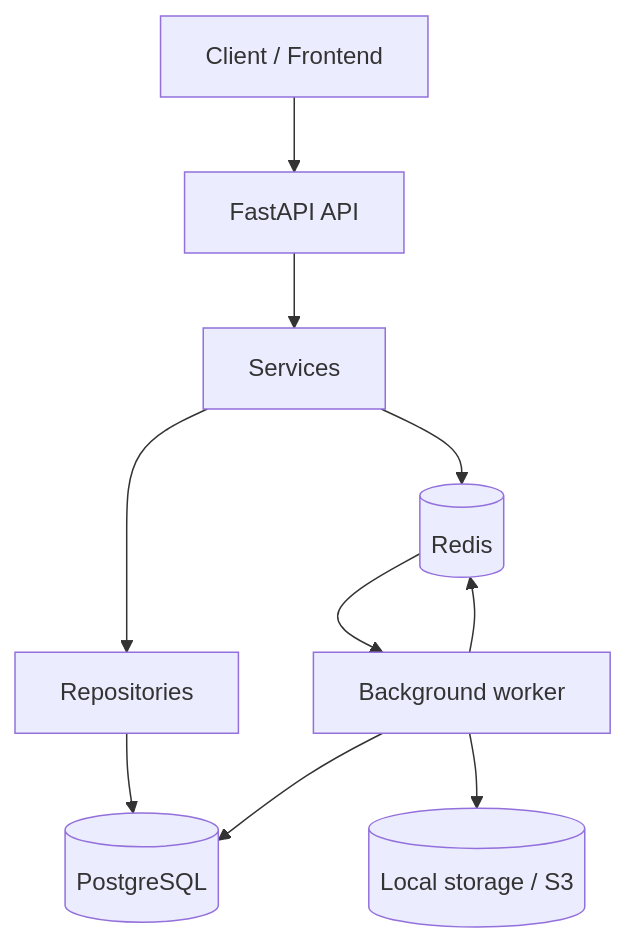
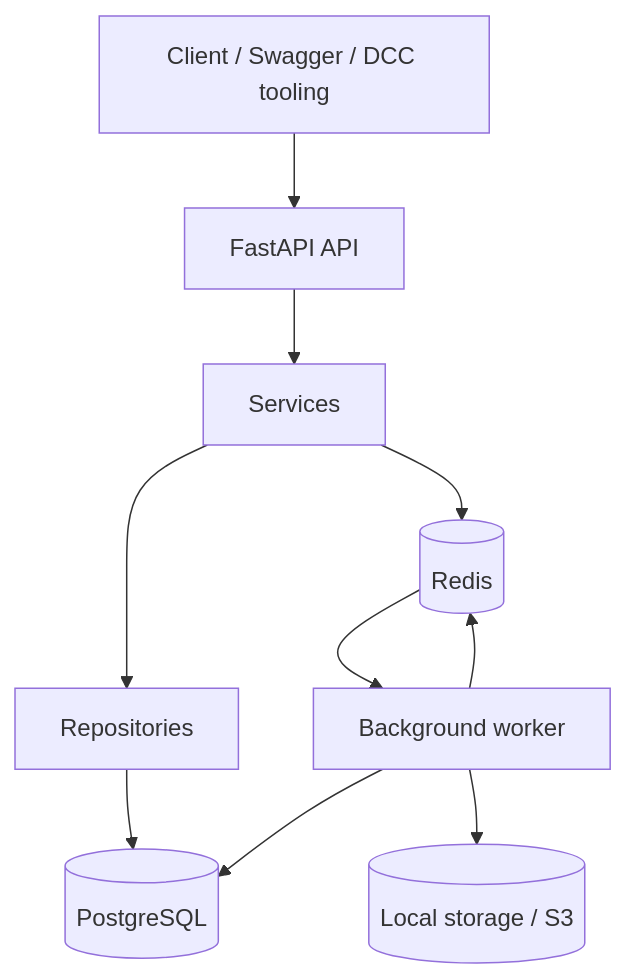
The diagram in docs/README.md (soyyotedigo/pipeline-production-hub), drawn with Mermaid before and after one commit. The commit also changed other lines of this file and 7 other files, not shown here.

````diff
--- a/docs/README.md
+++ b/docs/README.md
@@ -16,21 +17,21 @@
 ```mermaid
 flowchart TD
-    Client[Client / Frontend]
+    Client[Client / Swagger / DCC tooling]
     API[FastAPI API]
     Services[Services]
     Repos[Repositories]
     PG[(PostgreSQL)]
     Redis[(Redis)]
     Worker[Background worker]
     Storage[(Local storage / S3)]
 
     Client --> API
     API --> Services
     Services --> Repos
     Repos --> PG
     Services --> Redis
     Redis --> Worker
     Worker --> Redis
     Worker --> PG
     Worker --> Storage
 ```
````
